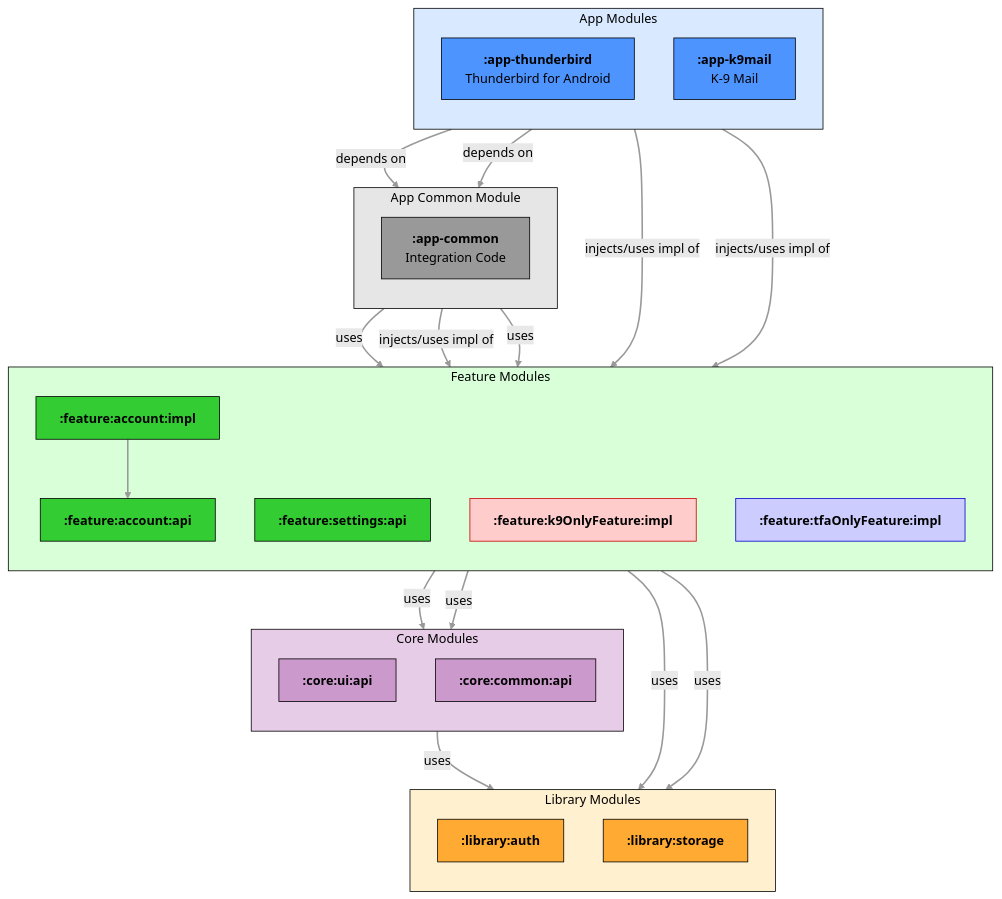
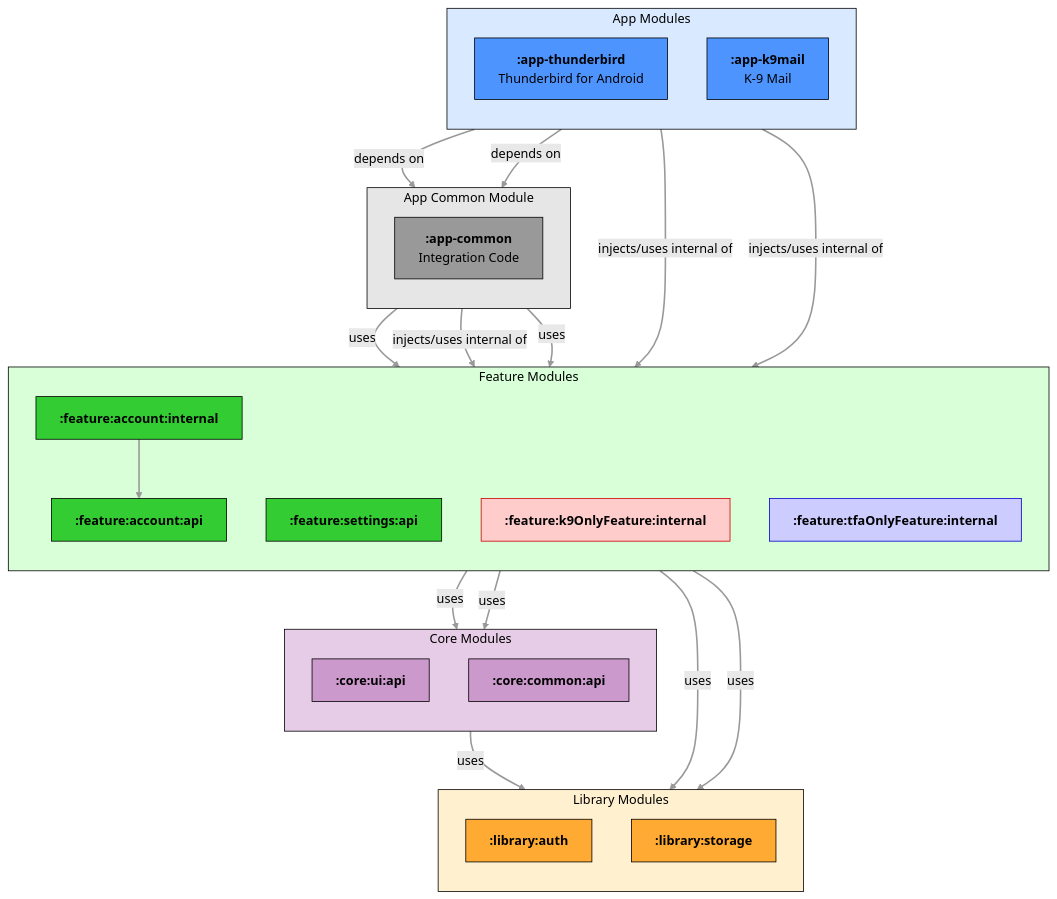
The second of 2 diagrams in docs/architecture/module-organization.md (thunderbird/thunderbird-android), drawn with Mermaid (forest theme) before and after one commit. The commit also changed other lines of this file and 6 other files, not shown here.

Commit message:
docs(architecture): update module structure and naming conventions per ADR-0009

````diff
--- a/docs/architecture/module-organization.md
+++ b/docs/architecture/module-organization.md
@@ -231,79 +231,79 @@
 ```mermaid
 graph TB
     subgraph APP[App Modules]
         direction TB
         APP_TB["`**:app-thunderbird**<br>Thunderbird for Android`"]
         APP_K9["`**:app-k9mail**<br>K-9 Mail`"]
     end
 
     subgraph COMMON[App Common Module]
         direction TB
         COMMON_APP["`**:app-common**<br>Integration Code`"]
     end
 
     subgraph FEATURE[Feature Modules]
         direction TB
         FEATURE_ACCOUNT_API["`**:feature:account:api**`"]
-        FEATURE_ACCOUNT_IMPL["`**:feature:account:impl**`"]
+        FEATURE_ACCOUNT_INTERNAL["`**:feature:account:internal**`"]
         FEATURE_SETTINGS_API["`**:feature:settings:api**`"]
-        FEATURE_K9["`**:feature:k9OnlyFeature:impl**`"]
-        FEATURE_TB["`**:feature:tfaOnlyFeature:impl**`"]
+        FEATURE_K9["`**:feature:k9OnlyFeature:internal**`"]
+        FEATURE_TB["`**:feature:tfaOnlyFeature:internal**`"]
     end
 
     subgraph CORE[Core Modules]
         direction TB
         CORE_UI_API["`**:core:ui:api**`"]
         CORE_COMMON_API["`**:core:common:api**`"]
     end
 
     subgraph LIBRARY[Library Modules]
         direction TB
         LIB_AUTH["`**:library:auth**`"]
         LIB_STORAGE["`**:library:storage**`"]
     end
 
     APP_K9 --> |depends on| COMMON_APP
     APP_TB --> |depends on| COMMON_APP
     COMMON_APP --> |uses| FEATURE_ACCOUNT_API
-    COMMON_APP --> |injects/uses impl of| FEATURE_ACCOUNT_IMPL
-    FEATURE_ACCOUNT_IMPL --> FEATURE_ACCOUNT_API
+    COMMON_APP --> |injects/uses internal of| FEATURE_ACCOUNT_INTERNAL
+    FEATURE_ACCOUNT_INTERNAL --> FEATURE_ACCOUNT_API
     COMMON_APP --> |uses| FEATURE_SETTINGS_API
-    APP_K9 --> |injects/uses impl of| FEATURE_K9
-    APP_TB --> |injects/uses impl of| FEATURE_TB
+    APP_K9 --> |injects/uses internal of| FEATURE_K9
+    APP_TB --> |injects/uses internal of| FEATURE_TB
     FEATURE_ACCOUNT_API --> |uses| CORE_UI_API
     FEATURE_SETTINGS_API --> |uses| CORE_COMMON_API
     FEATURE_TB --> |uses| LIB_AUTH
     FEATURE_K9 --> |uses| LIB_STORAGE
     CORE_COMMON_API --> |uses| LIB_STORAGE
 
     classDef app fill:#d9e9ff,stroke:#000000,color:#000000
     classDef app_module fill:#4d94ff,stroke:#000000,color:#000000
     classDef common fill:#e6e6e6,stroke:#000000,color:#000000
     classDef common_module fill:#999999,stroke:#000000,color:#000000
     classDef feature fill:#d9ffd9,stroke:#000000,color:#000000
     classDef feature_module fill:#33cc33,stroke:#000000,color:#000000
     classDef core fill:#e6cce6,stroke:#000000,color:#000000
     classDef core_module fill:#cc99cc,stroke:#000000,color:#000000
     classDef library fill:#fff0d0,stroke:#000000,color:#000000
     classDef library_module fill:#ffaa33,stroke:#000000,color:#000000
     classDef legacy fill:#ffe6e6,stroke:#000000,color:#000000
     classDef legacy_module fill:#ff9999,stroke:#000000,color:#000000
 
     linkStyle default stroke:#999,stroke-width:2px
 
     class APP app
     class APP_TB,APP_K9 app_module
     class COMMON common
     class COMMON_APP common_module
     class FEATURE feature
-    class FEATURE_ACCOUNT_API,FEATURE_ACCOUNT_IMPL,FEATURE_SETTINGS_API,FEATURE_MAIL feature_module
+    class FEATURE_ACCOUNT_API,FEATURE_ACCOUNT_INTERNAL,FEATURE_SETTINGS_API,FEATURE_MAIL feature_module
     class CORE core
     class CORE_UI_API,CORE_COMMON_API core_module
     class LIBRARY library
     class LIB_AUTH,LIB_STORAGE library_module
 
     classDef featureK9 fill:#ffcccc,stroke:#cc0000,color:#000000
     classDef featureTB fill:#ccccff,stroke:#0000cc,color:#000000
     class FEATURE_K9 featureK9
     class FEATURE_TB featureTB
 ```
````
